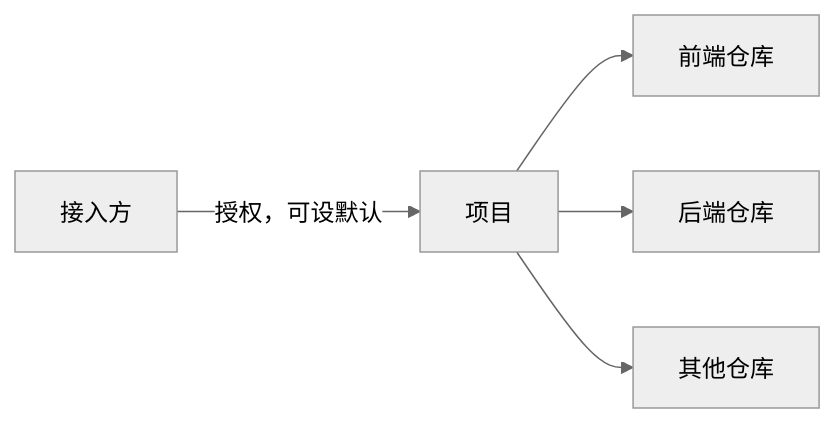
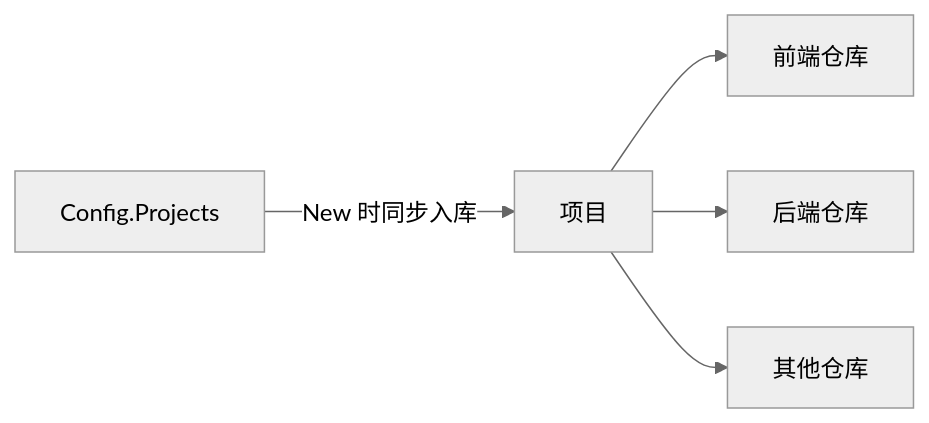
The third of 7 diagrams in docs/requirements/PRD.md (zhouhao4221/lingo), drawn with Mermaid before and after one commit. The commit also changed other lines of this file and 37 other files, not shown here.

````diff
--- a/docs/requirements/PRD.md
+++ b/docs/requirements/PRD.md
@@ -259,8 +260,8 @@
 ```mermaid
 %%{init: {'theme':'neutral'}}%%
 flowchart LR
-  T[接入方] -->|授权，可设默认| P[项目]
+  C[Config.Projects] -->|New 时同步入库| P[项目]
   P --> R1[前端仓库]
   P --> R2[后端仓库]
   P --> R3[其他仓库]
 ```
````
